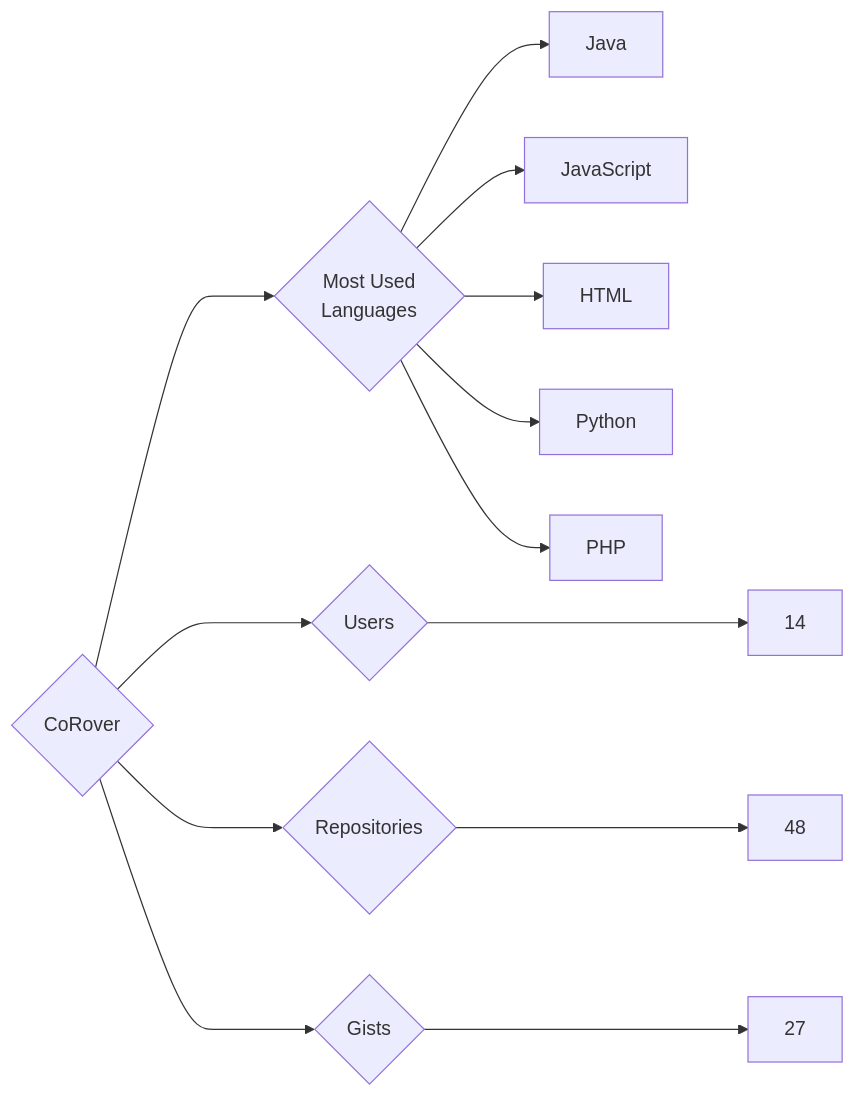
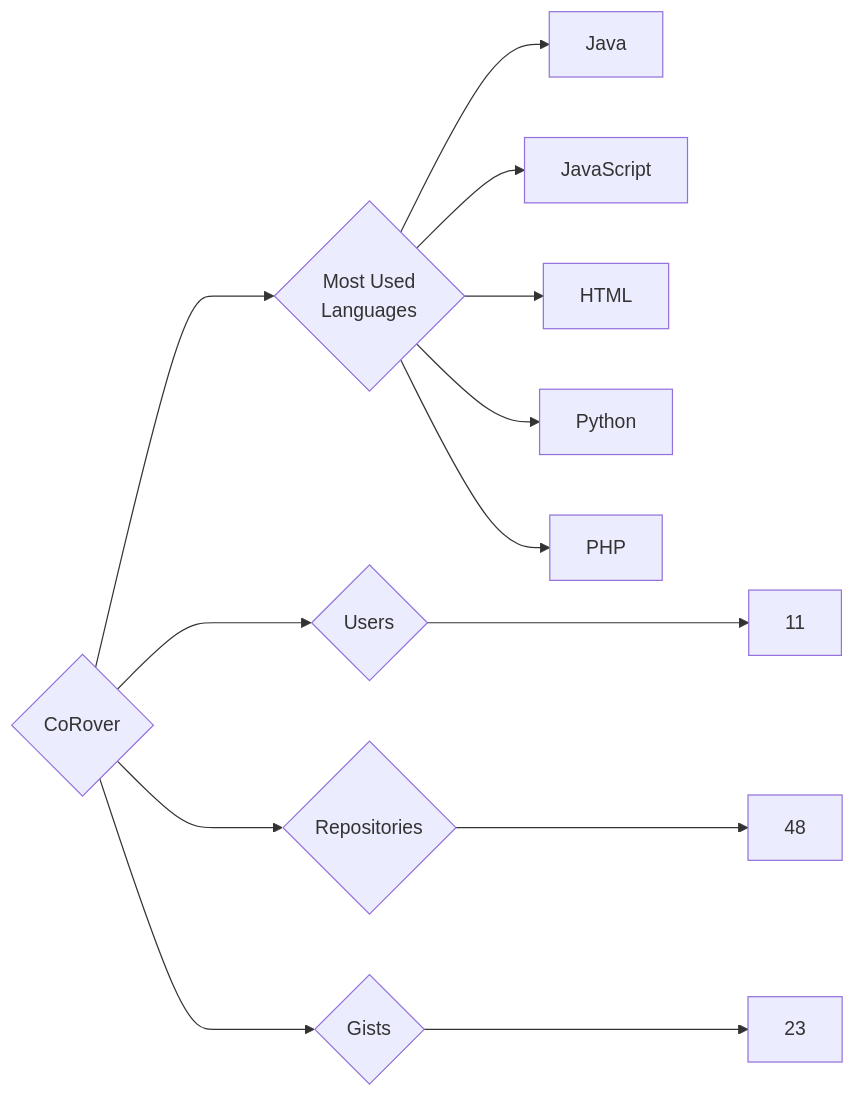
One commit to trickest/insiders changed the diagram in targets/CoRover/README.md. Above: the diagram before and after it, drawn with Mermaid. The commit also changed 1088 other files, not shown here.

````diff
--- a/targets/CoRover/README.md
+++ b/targets/CoRover/README.md
@@ -3,13 +3,13 @@
 ```mermaid
 graph LR
 COMPANY_NAME{CoRover}
-COMPANY_NAME ---> U{Users} ---> UN[14]
+COMPANY_NAME ---> U{Users} ---> UN[11]
 COMPANY_NAME ---> R{Repositories} ---> RN[48]
-COMPANY_NAME ---> G{Gists} ---> GN[27]
+COMPANY_NAME ---> G{Gists} ---> GN[23]
 COMPANY_NAME ---> ML{Most Used<br>Languages}
 ML --> Java[Java]
 ML --> JavaScript[JavaScript]
 ML --> HTML[HTML]
 ML --> Python[Python]
 ML --> PHP[PHP]
 ```
````
